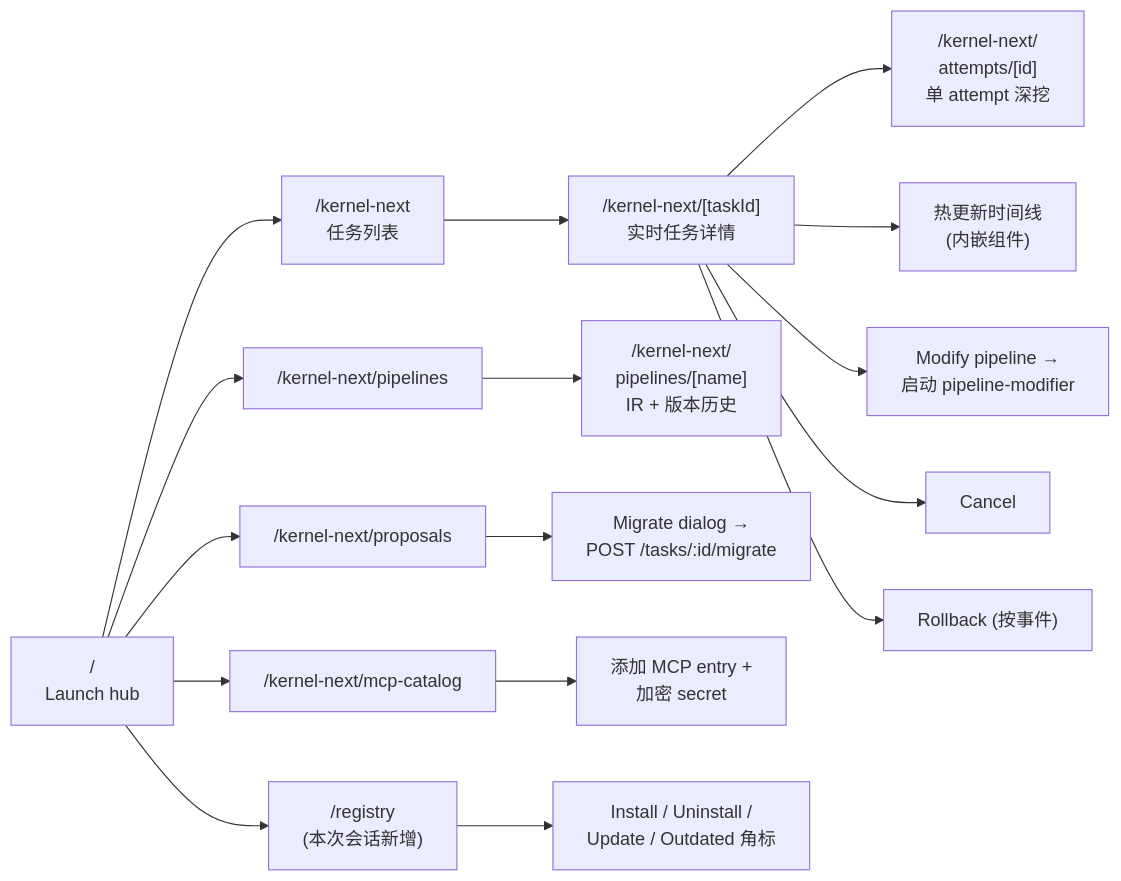
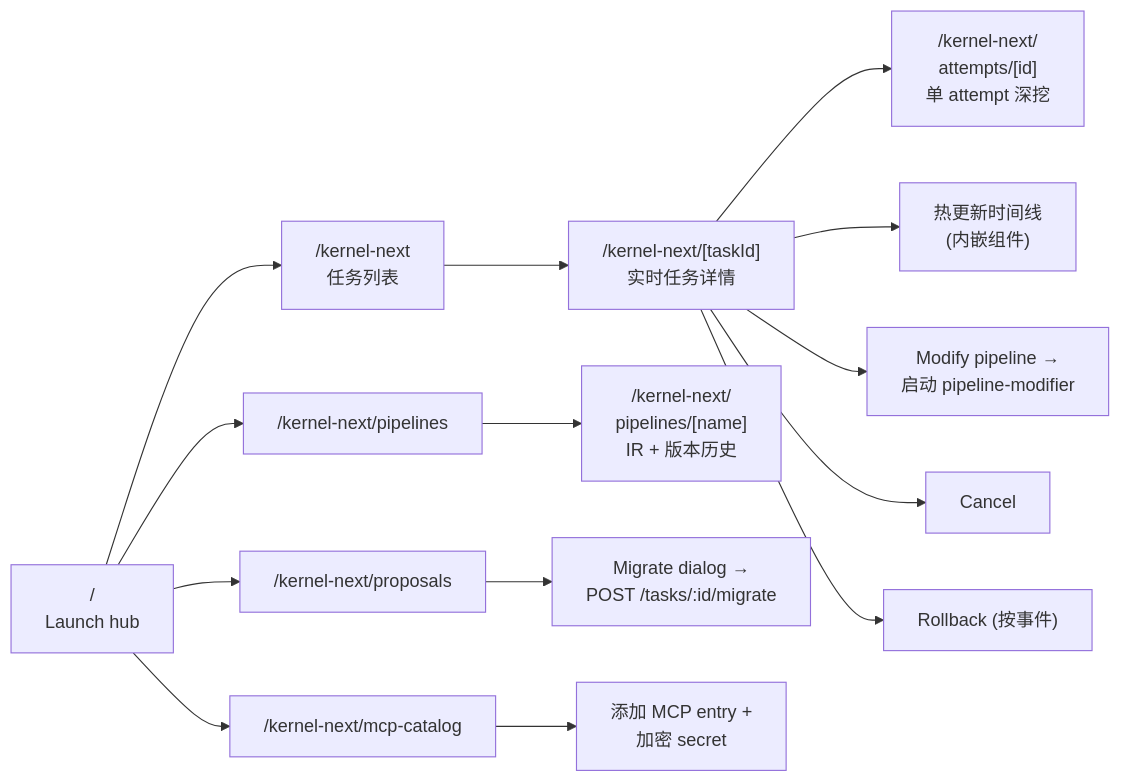
Before and after one commit to ymh357/workflow-control: the ninth of 14 diagrams in docs/whitepaper-visuals-zh.md, drawn with Mermaid. The commit also changed other lines of this file and 86 other files, not shown here.

````diff
--- a/docs/whitepaper-visuals-zh.md
+++ b/docs/whitepaper-visuals-zh.md
@@ -374,25 +366,22 @@
 ```mermaid
 flowchart LR
   ROOT["/<br/>Launch hub"] --> TASKS
   TASKS["/kernel-next<br/>任务列表"] --> TASK
   TASK["/kernel-next/[taskId]<br/>实时任务详情"] --> ATTEMPT
   TASK --> AUDIT
   TASK --> MOD["Modify pipeline →<br/>启动 pipeline-modifier"]
   TASK --> CXL["Cancel"]
   TASK --> RBK["Rollback (按事件)"]
 
   ATTEMPT["/kernel-next/<br/>attempts/[id]<br/>单 attempt 深挖"]
   AUDIT["热更新时间线<br/>(内嵌组件)"]
 
   ROOT --> PIPES["/kernel-next/pipelines"]
   PIPES --> PIPE["/kernel-next/<br/>pipelines/[name]<br/>IR + 版本历史"]
 
   ROOT --> PROPS["/kernel-next/proposals"]
   PROPS --> MIGRATE["Migrate dialog →<br/>POST /tasks/:id/migrate"]
 
   ROOT --> CAT["/kernel-next/mcp-catalog"]
   CAT --> SECRET["添加 MCP entry +<br/>加密 secret"]
-
-  ROOT --> REG["/registry<br/>(本次会话新增)"]
-  REG --> INSTALL["Install / Uninstall /<br/>Update / Outdated 角标"]
 ```
````
